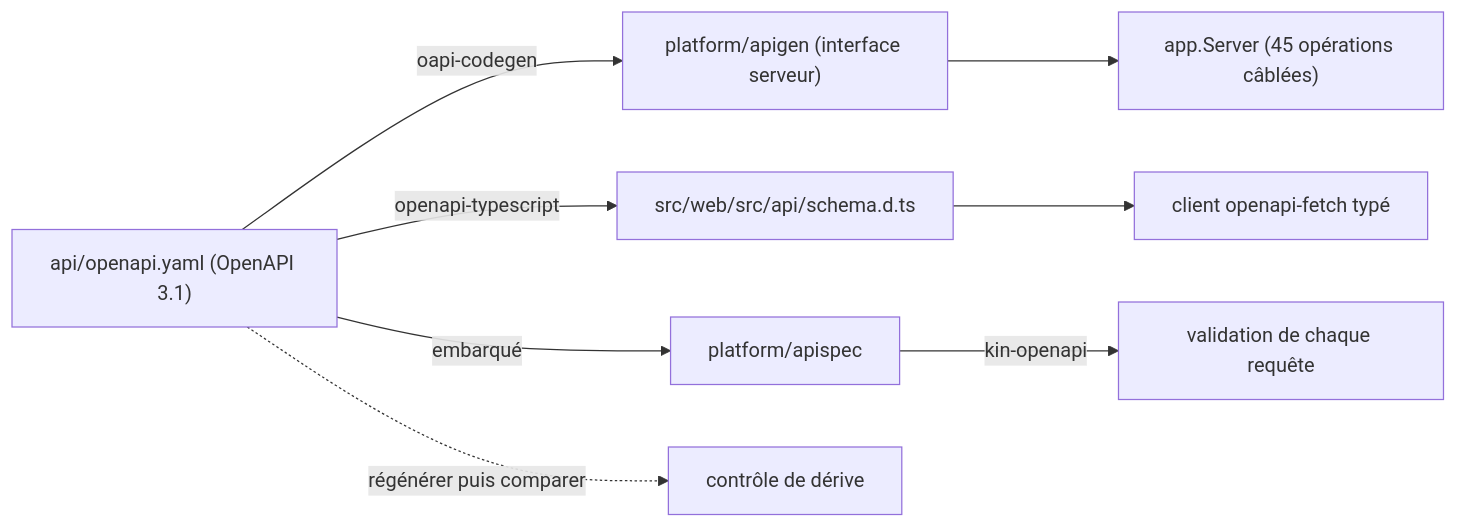
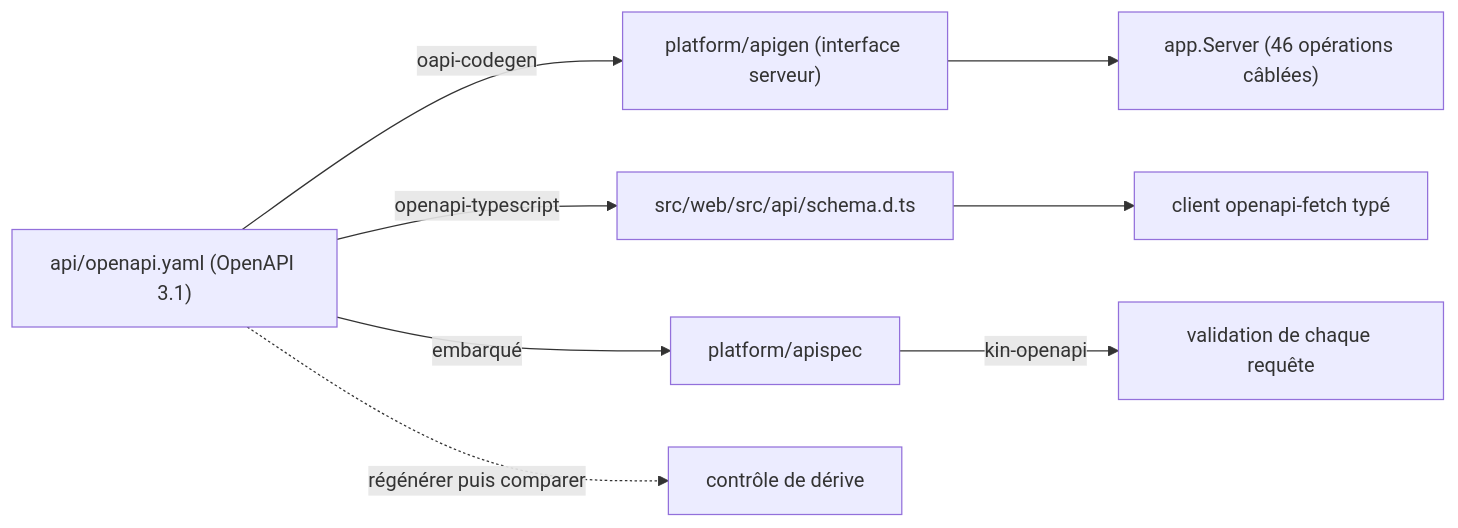
Before and after one commit to Y4NN777/226os: the fourth of 9 diagrams in docs/architecture/ARCHITECTURE.md, drawn with Mermaid. The commit also changed other lines of this file and 26 other files, not shown here.

````diff
--- a/docs/architecture/ARCHITECTURE.md
+++ b/docs/architecture/ARCHITECTURE.md
@@ -145,10 +145,10 @@
 ```mermaid
 flowchart LR
   Y["api/openapi.yaml (OpenAPI 3.1)"] -->|"oapi-codegen"| GO["platform/apigen (interface serveur)"]
   Y -->|"openapi-typescript"| TS["src/web/src/api/schema.d.ts"]
   Y -->|"embarqué"| SP["platform/apispec"]
   SP -->|"kin-openapi"| VA["validation de chaque requête"]
-  GO --> SRV["app.Server (45 opérations câblées)"]
+  GO --> SRV["app.Server (46 opérations câblées)"]
   TS --> CL["client openapi-fetch typé"]
   Y -.->|"régénérer puis comparer"| DR["contrôle de dérive"]
 ```
````
